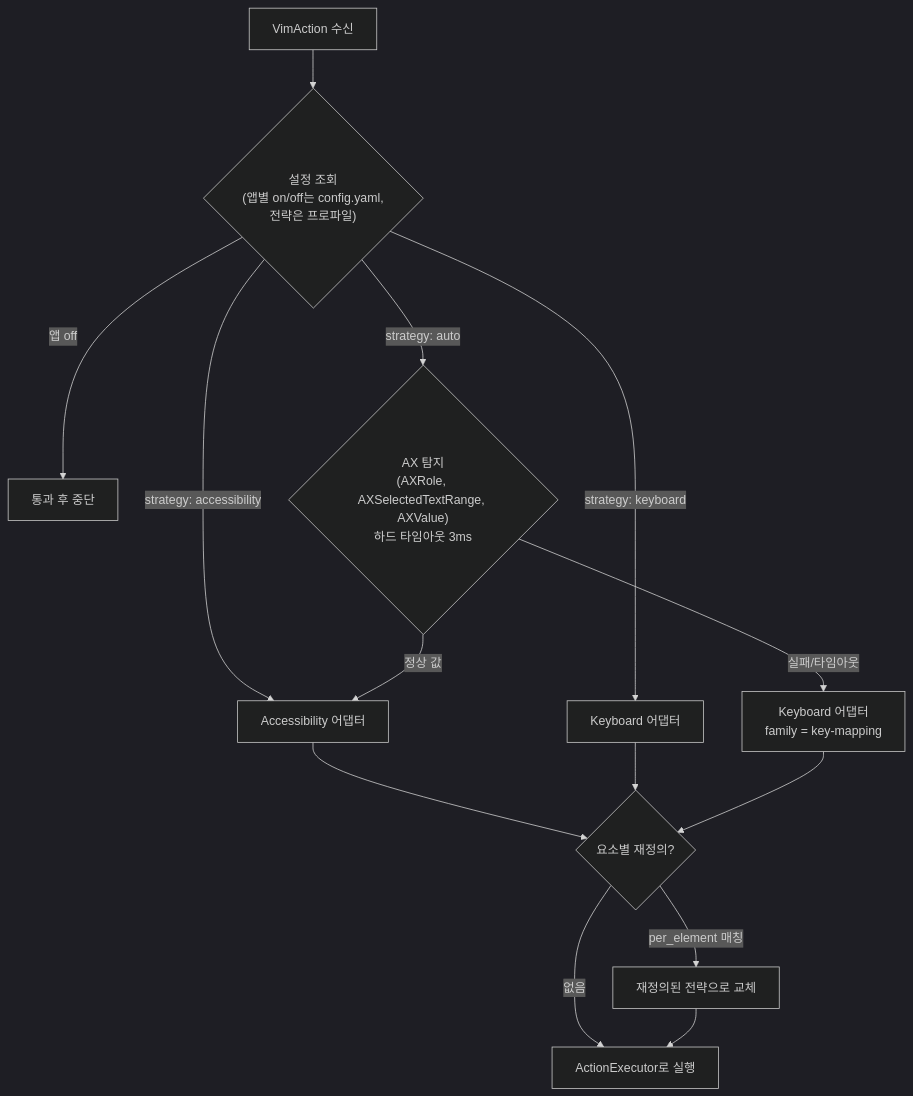
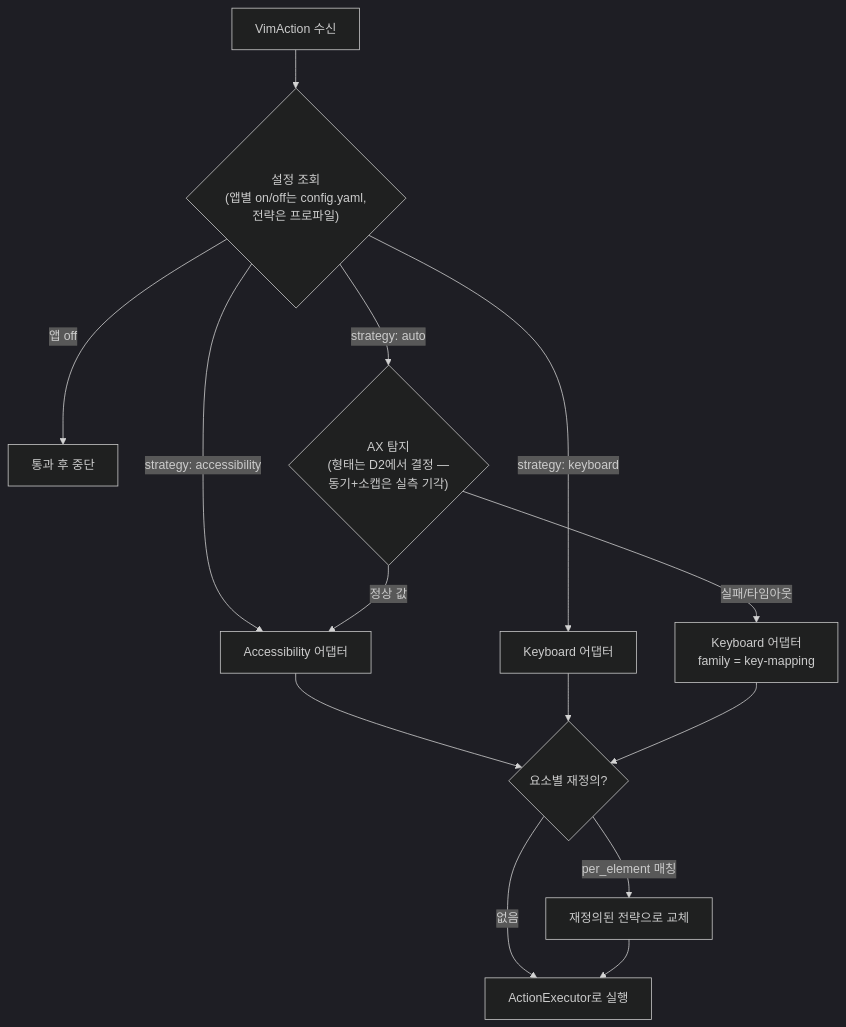
The diagram in .claude/skills/architecture/references/strategy-dispatch.md (pilyang/vim-action), drawn with Mermaid (dark theme) before and after one commit. The commit also changed other lines of this file and 17 other files, not shown here.

````diff
--- a/.claude/skills/architecture/references/strategy-dispatch.md
+++ b/.claude/skills/architecture/references/strategy-dispatch.md
@@ -15,16 +15,16 @@
 ```mermaid
 flowchart TD
     VA[VimAction 수신] --> P{"설정 조회<br/>(앱별 on/off는 config.yaml,<br/>전략은 프로파일)"}
     P -->|"앱 off"| Pass[통과 후 중단]
     P -->|"strategy: accessibility"| AX[Accessibility 어댑터]
     P -->|"strategy: keyboard"| KB[Keyboard 어댑터]
-    P -->|"strategy: auto"| Probe{"AX 탐지<br/>(AXRole, AXSelectedTextRange, AXValue)<br/>하드 타임아웃 3ms"}
+    P -->|"strategy: auto"| Probe{"AX 탐지<br/>(형태는 D2에서 결정 —<br/>동기+소캡은 실측 기각)"}
     Probe -->|정상 값| AX
     Probe -->|실패/타임아웃| KM["Keyboard 어댑터<br/>family = key-mapping"]
     AX --> Override{요소별 재정의?}
     KB --> Override
     KM --> Override
     Override -->|"per_element 매칭"| Re[재정의된 전략으로 교체]
     Override -->|없음| Exec[ActionExecutor로 실행]
     Re --> Exec
 ```
````
